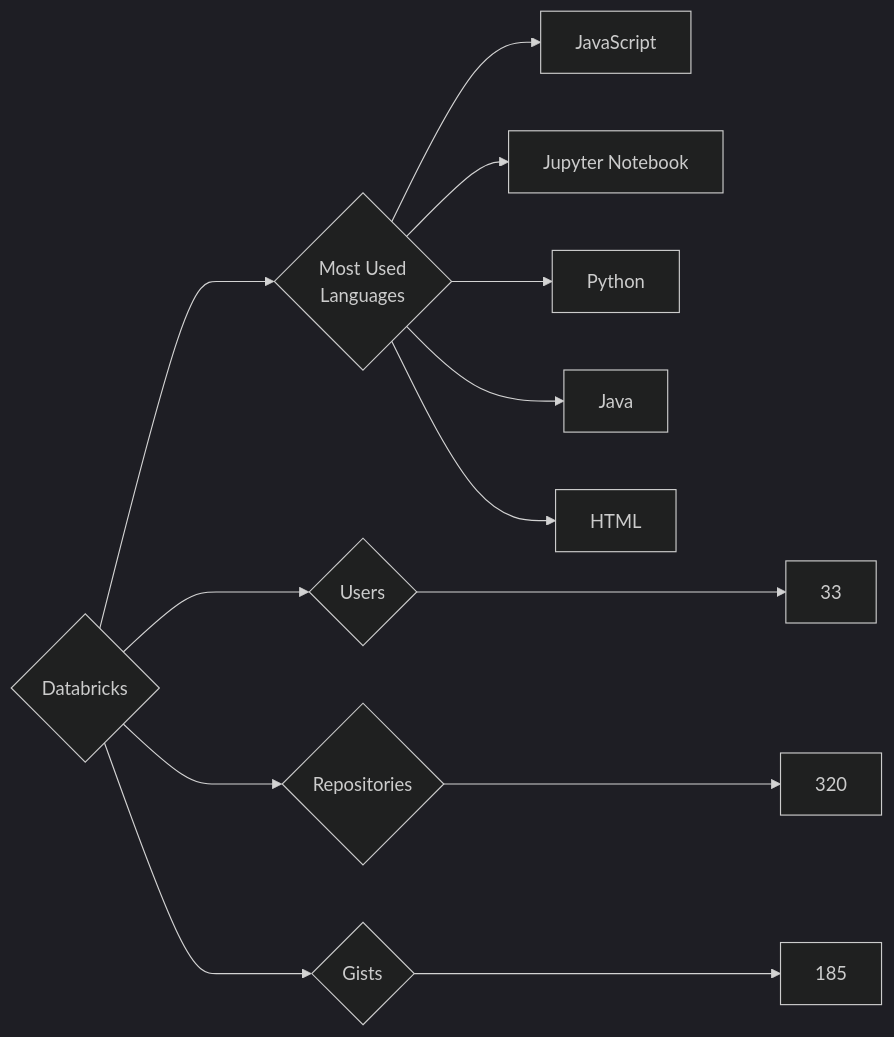
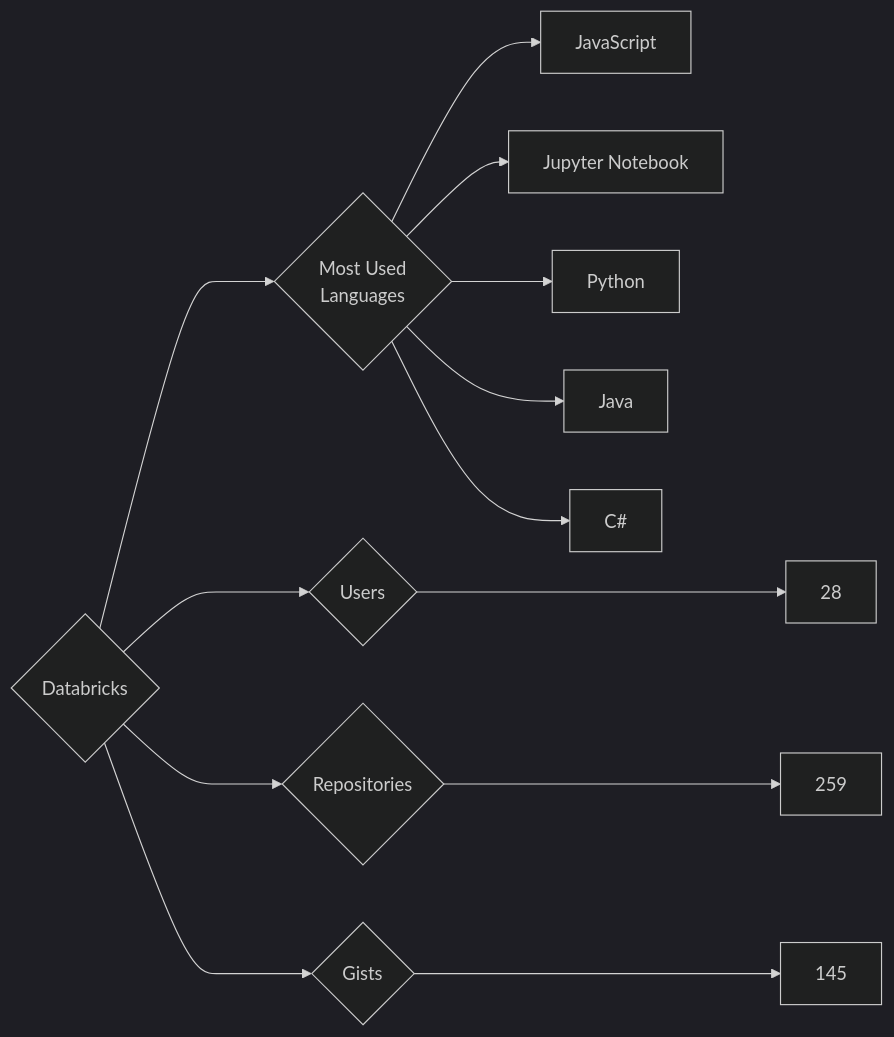
The diagram in targets/Databricks/README.md (trickest/insiders), drawn with Mermaid (dark theme) before and after one commit. The commit also changed 640 other files, not shown here.

````diff
--- a/targets/Databricks/README.md
+++ b/targets/Databricks/README.md
@@ -3,13 +3,13 @@
 ```mermaid
 graph LR
 COMPANY_NAME{Databricks}
-COMPANY_NAME ---> U{Users} ---> UN[33]
-COMPANY_NAME ---> R{Repositories} ---> RN[320]
-COMPANY_NAME ---> G{Gists} ---> GN[185]
+COMPANY_NAME ---> U{Users} ---> UN[28]
+COMPANY_NAME ---> R{Repositories} ---> RN[259]
+COMPANY_NAME ---> G{Gists} ---> GN[145]
 COMPANY_NAME ---> ML{Most Used<br>Languages}
 ML --> JavaScript[JavaScript]
 ML --> Jupyter_Notebook[Jupyter Notebook]
 ML --> Python[Python]
 ML --> Java[Java]
-ML --> HTML[HTML]
+ML --> C#[C#]
 ```
````
